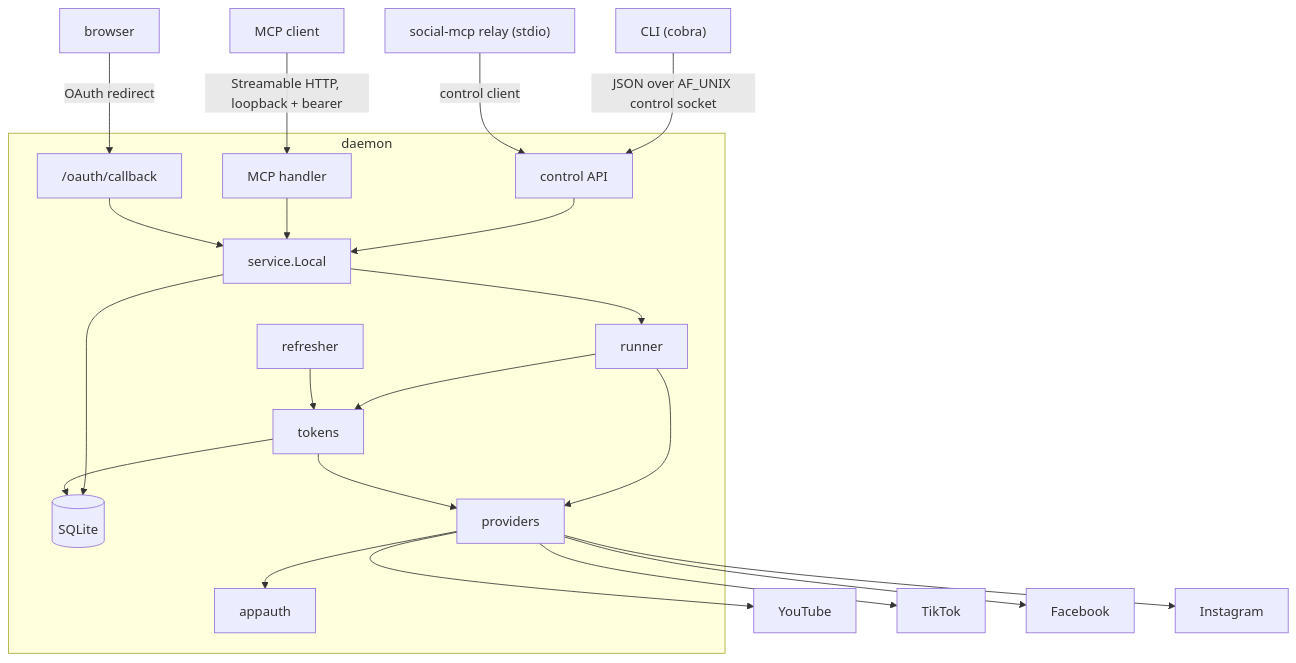
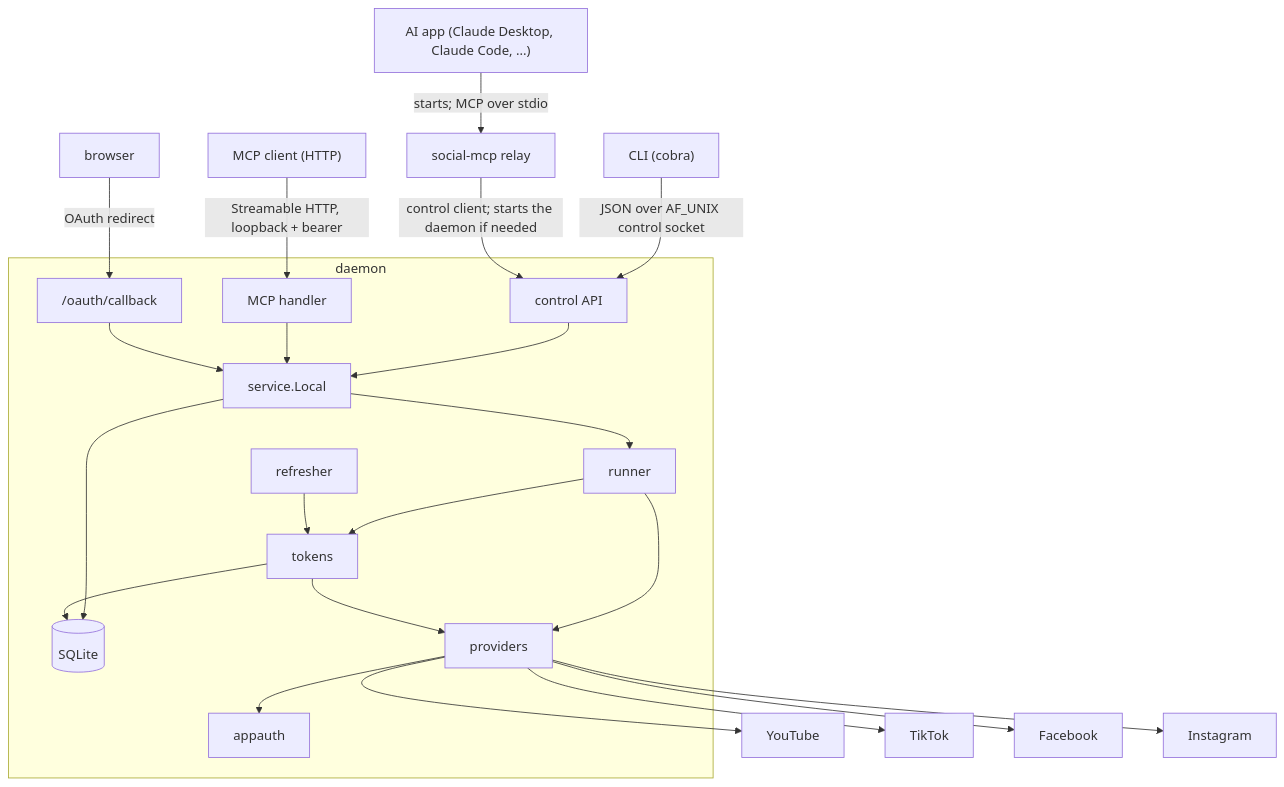
One commit to nhatnam1507/social-mcp changed the diagram in docs/architecture.md. Above: the diagram before and after it, drawn with Mermaid. The commit also changed other lines of this file and 1 other file, not shown here.

Commit message:
docs: match the README and architecture doc to the relay and connect

````diff
--- a/docs/architecture.md
+++ b/docs/architecture.md
@@ -5,21 +5,22 @@
 ```mermaid
 flowchart TD
   CLI["CLI (cobra)"] -->|JSON over AF_UNIX control socket| CTRL[control API]
-  STDIO["social-mcp relay (stdio)"] -->|control client| CTRL
-  AGENT[MCP client] -->|"Streamable HTTP, loopback + bearer"| MCPH[MCP handler]
+  APPS["AI app (Claude Desktop, Claude Code, ...)"] -->|"starts; MCP over stdio"| RELAY["social-mcp relay"]
+  RELAY -->|"control client; starts the daemon if needed"| CTRL
+  AGENT["MCP client (HTTP)"] -->|"Streamable HTTP, loopback + bearer"| MCPH[MCP handler]
   BROWSER[browser] -->|OAuth redirect| CB["/oauth/callback"]
   subgraph daemon
     CTRL --> SVC[service.Local]
     MCPH --> SVC
     CB --> SVC
     SVC --> RUN[runner]
     SVC --> STORE[(SQLite)]
     RUN --> TOK[tokens]
     REF[refresher] --> TOK
     TOK --> STORE
     RUN --> PROV[providers]
     TOK --> PROV
     PROV --> APP[appauth]
   end
   PROV --> YT[YouTube] & TT[TikTok] & FB[Facebook] & IG[Instagram]
 ```
````
